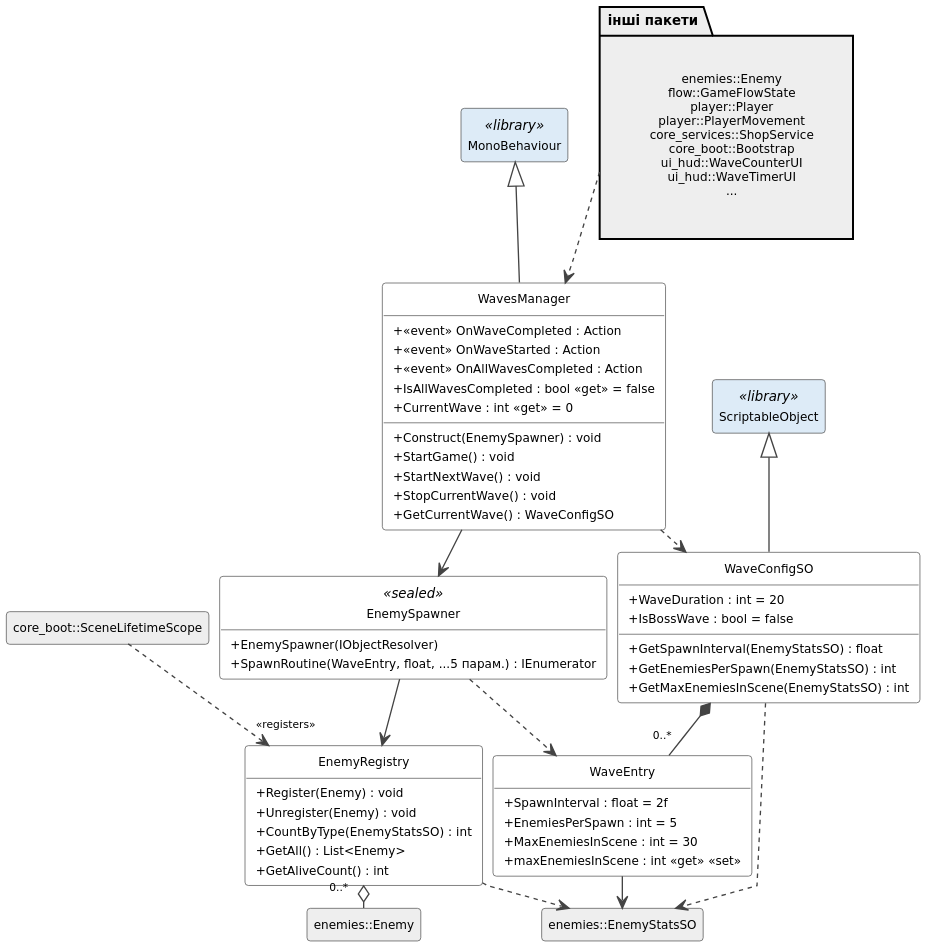
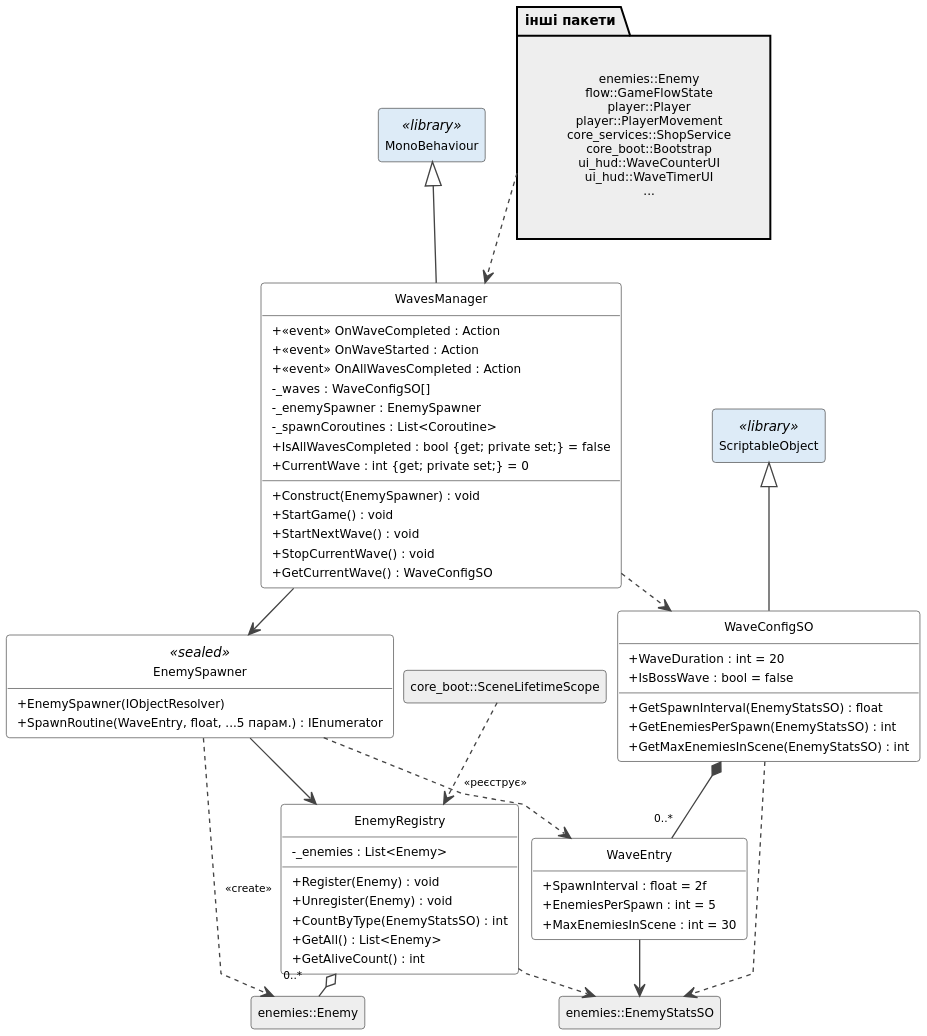
The diagram in Diagrams/Class/waves.puml (Rot1k/Undead_Harvest), drawn with PlantUML before and after one commit. The commit also changed 138 other files, not shown here.

```diff
--- a/Diagrams/Class/waves.puml
+++ b/Diagrams/Class/waves.puml
@@ -1,90 +1,94 @@
 @startuml
 skinparam style strictuml
 skinparam classAttributeIconSize 0
 skinparam dpi 200
 skinparam shadowing false
 skinparam defaultFontName DejaVu Sans
 skinparam defaultFontSize 10
 skinparam classFontSize 10
 skinparam classAttributeFontSize 9
 skinparam stereotypeFontSize 8
 skinparam ranksep 16
 skinparam nodesep 8
 skinparam padding 2
 skinparam ClassBackgroundColor White
 skinparam ClassBorderColor #444444
 skinparam ArrowColor #444444
 skinparam ArrowFontSize 8
 skinparam linetype polyline
 skinparam class<<grp>> {
   BackgroundColor White
   BorderColor #444444
 }
 skinparam class<<names>> {
   BackgroundColor transparent
   BorderColor transparent
 }
 hide <<names>> stereotype
 hide <<grp>> stereotype
 hide circle
 top to bottom direction
 hide empty members
 
 class EnemySpawner <<sealed>> {
   + EnemySpawner(IObjectResolver)
   + SpawnRoutine(WaveEntry, float, ...5 парам.) : IEnumerator
 }
 class EnemyRegistry {
+  - _enemies : List<Enemy>
   + Register(Enemy) : void
   + Unregister(Enemy) : void
   + CountByType(EnemyStatsSO) : int
   + GetAll() : List<Enemy>
   + GetAliveCount() : int
 }
 class WavesManager {
-  +  <<event>> OnWaveCompleted : Action
-  +  <<event>> OnWaveStarted : Action
-  +  <<event>> OnAllWavesCompleted : Action
-  + IsAllWavesCompleted : bool <<get>> = false
-  + CurrentWave : int <<get>> = 0
+  + <<event>> OnWaveCompleted : Action
+  + <<event>> OnWaveStarted : Action
+  + <<event>> OnAllWavesCompleted : Action
+  - _waves : WaveConfigSO[]
+  - _enemySpawner : EnemySpawner
+  - _spawnCoroutines : List<Coroutine>
+  + IsAllWavesCompleted : bool {get; private set;} = false
+  + CurrentWave : int {get; private set;} = 0
   + Construct(EnemySpawner) : void
   + StartGame() : void
   + StartNextWave() : void
   + StopCurrentWave() : void
   + GetCurrentWave() : WaveConfigSO
 }
 class WaveConfigSO {
   + WaveDuration : int = 20
   + IsBossWave : bool = false
   + GetSpawnInterval(EnemyStatsSO) : float
   + GetEnemiesPerSpawn(EnemyStatsSO) : int
   + GetMaxEnemiesInScene(EnemyStatsSO) : int
 }
 class WaveEntry {
   + SpawnInterval : float = 2f
   + EnemiesPerSpawn : int = 5
   + MaxEnemiesInScene : int = 30
-  + maxEnemiesInScene : int <<get>> <<set>>
 }
 class "enemies::EnemyStatsSO" as EnemyStatsSO #EEEEEE
 class "enemies::Enemy" as Enemy #EEEEEE
 class ScriptableObject <<library>> #DDEBF7
 class MonoBehaviour <<library>> #DDEBF7
 package "інші пакети" as IN_all #EEEEEE {
   class "enemies::Enemy\nflow::GameFlowState\nplayer::Player\nplayer::PlayerMovement\ncore_services::ShopService\ncore_boot::Bootstrap\nui_hud::WaveCounterUI\nui_hud::WaveTimerUI\n..." as IN_all_n <<names>>
 }
 ScriptableObject <|-- WaveConfigSO
 MonoBehaviour <|-- WavesManager
 class "core_boot::SceneLifetimeScope" as SceneLifetimeScope #EEEEEE
-SceneLifetimeScope ..> EnemyRegistry : <<registers>>
+SceneLifetimeScope ..> EnemyRegistry : <<реєструє>>
 WaveConfigSO *-- "0..*" WaveEntry
 WavesManager --> EnemySpawner
 EnemySpawner ..> WaveEntry
 EnemySpawner --> EnemyRegistry
+EnemySpawner ..> Enemy : <<create>>
 WavesManager ..> WaveConfigSO
 WaveEntry --> EnemyStatsSO
 EnemyRegistry o-- "0..*" Enemy
 WaveConfigSO ..> EnemyStatsSO
 EnemyRegistry ..> EnemyStatsSO
 IN_all ..> WavesManager
 @enduml
```
